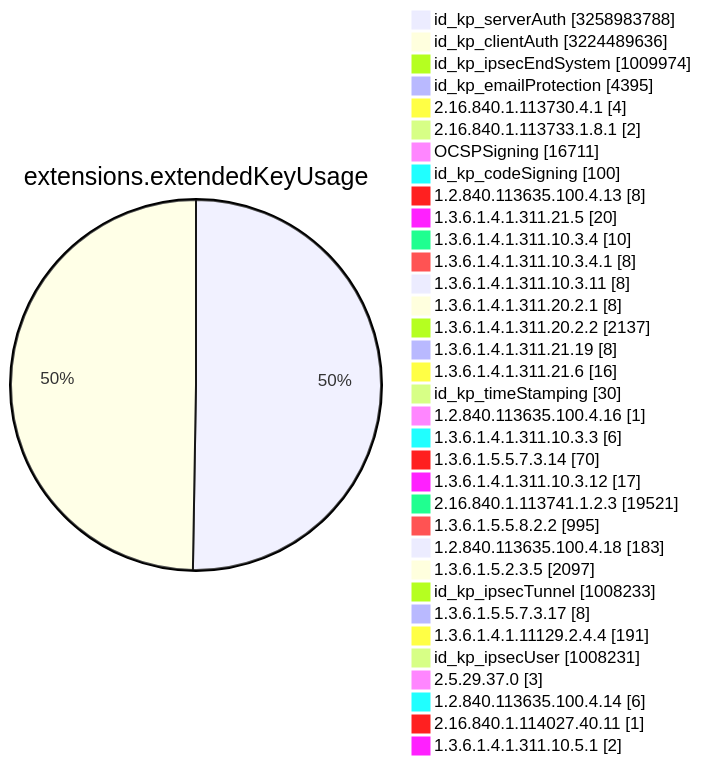
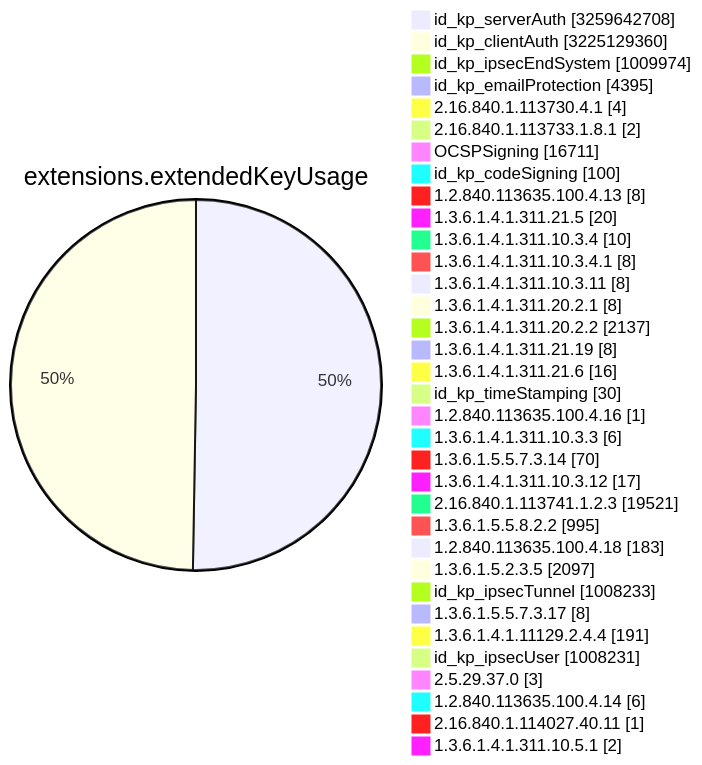
Diagram 11 of 15 in TOTAL/README.md (christiankrug/ctmonitor_visualization), drawn with Mermaid before and after one commit. The commit also changed other lines of this file, not shown here.

````diff
--- a/TOTAL/README.md
+++ b/TOTAL/README.md
@@ -4119,38 +4119,38 @@
 ```mermaid
 pie showData
 title extensions.extendedKeyUsage
-"id_kp_serverAuth" :3258983788
-"id_kp_clientAuth" :3224489636
+"id_kp_serverAuth" :3259642708
+"id_kp_clientAuth" :3225129360
 "id_kp_ipsecEndSystem" :1009974
 "id_kp_emailProtection" :4395
 "2.16.840.1.113730.4.1" :4
 "2.16.840.1.113733.1.8.1" :2
 "OCSPSigning" :16711
 "id_kp_codeSigning" :100
 "1.2.840.113635.100.4.13" :8
 "1.3.6.1.4.1.311.21.5" :20
 "1.3.6.1.4.1.311.10.3.4" :10
 "1.3.6.1.4.1.311.10.3.4.1" :8
 "1.3.6.1.4.1.311.10.3.11" :8
 "1.3.6.1.4.1.311.20.2.1" :8
 "1.3.6.1.4.1.311.20.2.2" :2137
 "1.3.6.1.4.1.311.21.19" :8
 "1.3.6.1.4.1.311.21.6" :16
 "id_kp_timeStamping" :30
 "1.2.840.113635.100.4.16" :1
 "1.3.6.1.4.1.311.10.3.3" :6
 "1.3.6.1.5.5.7.3.14" :70
 "1.3.6.1.4.1.311.10.3.12" :17
 "2.16.840.1.113741.1.2.3" :19521
 "1.3.6.1.5.5.8.2.2" :995
 "1.2.840.113635.100.4.18" :183
 "1.3.6.1.5.2.3.5" :2097
 "id_kp_ipsecTunnel" :1008233
 "1.3.6.1.5.5.7.3.17" :8
 "1.3.6.1.4.1.11129.2.4.4" :191
 "id_kp_ipsecUser" :1008231
 "2.5.29.37.0" :3
 "1.2.840.113635.100.4.14" :6
 "2.16.840.1.114027.40.11" :1
 "1.3.6.1.4.1.311.10.5.1" :2
 ```
````
